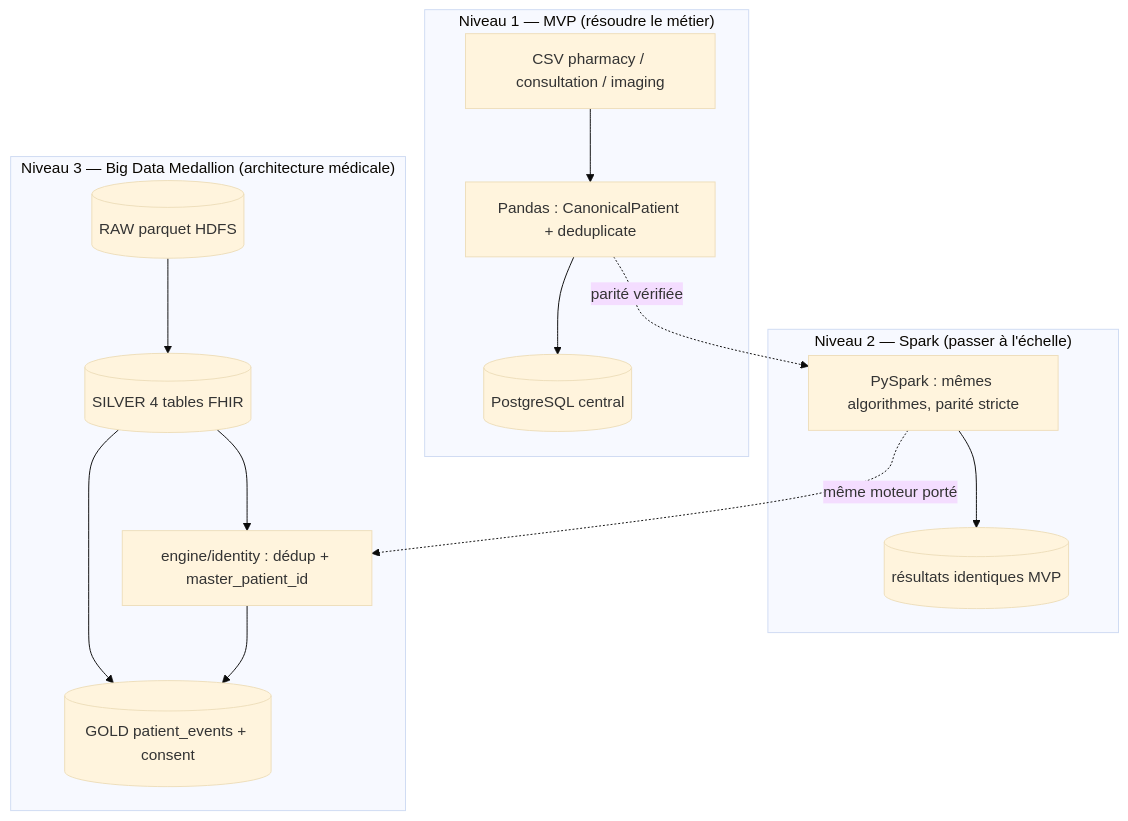
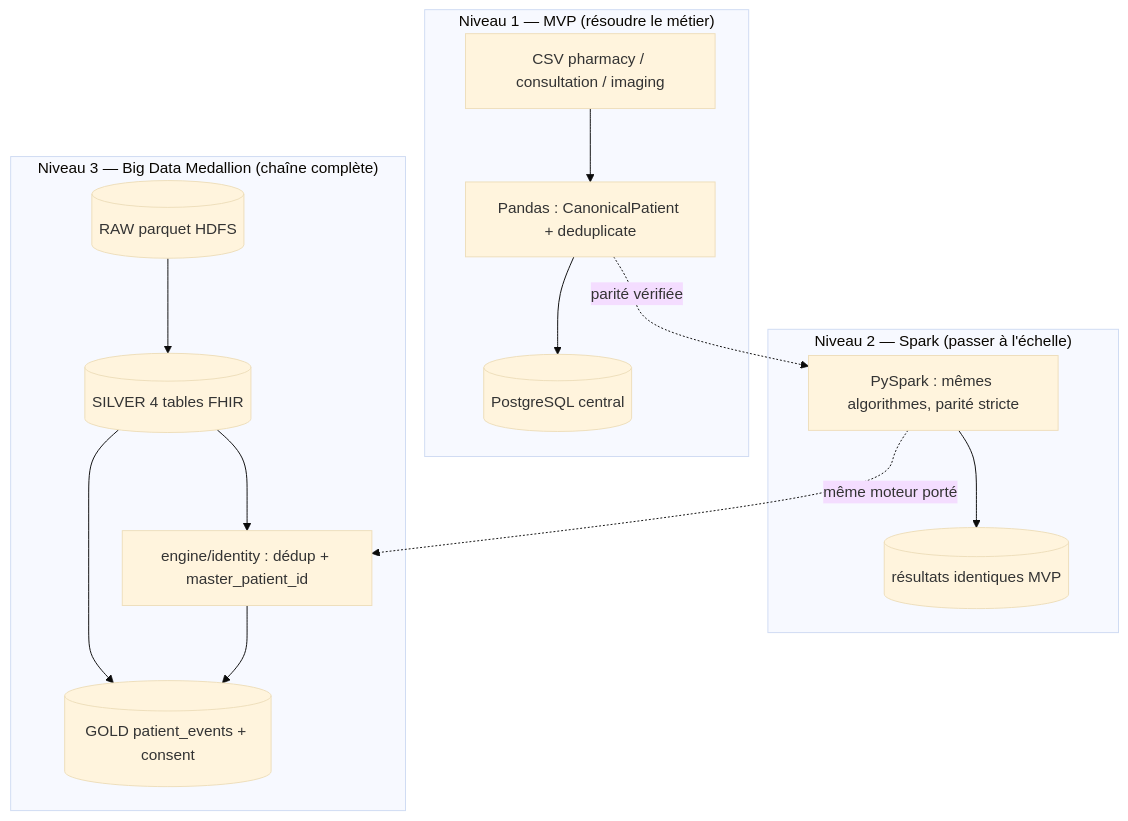
The first of 2 diagrams in chapters/06-architecture.md (Alphamanjaka/test-big-data), drawn with Mermaid (base theme) before and after one commit. The commit also changed other lines of this file and 17 other files, not shown here.

````diff
--- a/chapters/06-architecture.md
+++ b/chapters/06-architecture.md
@@ -10,21 +10,21 @@
 ```mermaid
 flowchart TB
     subgraph N1["Niveau 1 — MVP (résoudre le métier)"]
         CSV1[CSV pharmacy / consultation / imaging]
         P1[Pandas : CanonicalPatient + deduplicate]
         PG1[(PostgreSQL central)]
         CSV1 --> P1 --> PG1
     end
     subgraph N2["Niveau 2 — Spark (passer à l'échelle)"]
         P2[PySpark : mêmes algorithmes, parité stricte]
         P2 --> PGish[(résultats identiques MVP)]
     end
-    subgraph N3["Niveau 3 — Big Data Medallion (architecture médicale)"]
+    subgraph N3["Niveau 3 — Big Data Medallion (chaîne complète)"]
         RAW[(RAW parquet HDFS)] --> SILVER[(SILVER 4 tables FHIR)]
         SILVER --> GOLD[(GOLD patient_events + consent)]
         SILVER --> ENG[engine/identity : dédup + master_patient_id]
         ENG --> GOLD
     end
     P1 -. "parité vérifiée" .-> P2
     P2 -. "même moteur porté" .-> ENG
 ```
````
